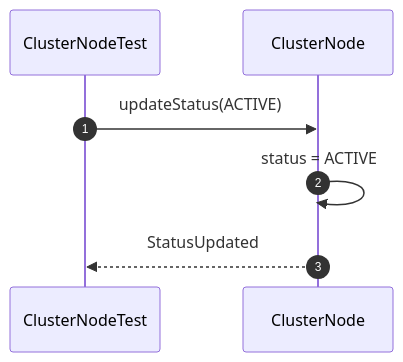
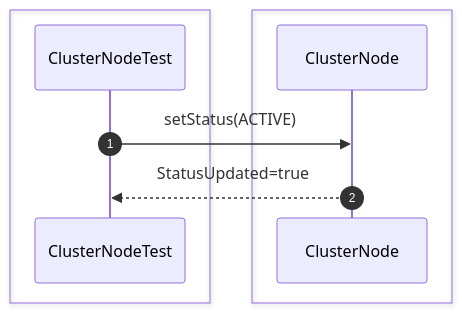
Before and after one commit to Huy1801214/dbms-architecture: diagram 14 of 26 in src/sequence/replication.md, drawn with Mermaid. The commit also changed other lines of this file and 10 other files, not shown here.

Commit message:
add comprehensive sequence diagrams and documentation for system architecture and unit testing specifications

````diff
--- a/src/sequence/replication.md
+++ b/src/sequence/replication.md
@@ -100,12 +252,14 @@
 ```mermaid
 sequenceDiagram
     autonumber
+
+    box #e1f5fe Test Suite
     participant Test as ClusterNodeTest
+    end
+    box #ffebee Replication Components
     participant Node as ClusterNode
+    end
 
-    Test->>Node: updateStatus(ACTIVE)
-
-    Node->>Node: status = ACTIVE
-
-    Node-->>Test: StatusUpdated
+    Test->>Node: setStatus(ACTIVE)
+    Node-->>Test: StatusUpdated=true
 ```
````
